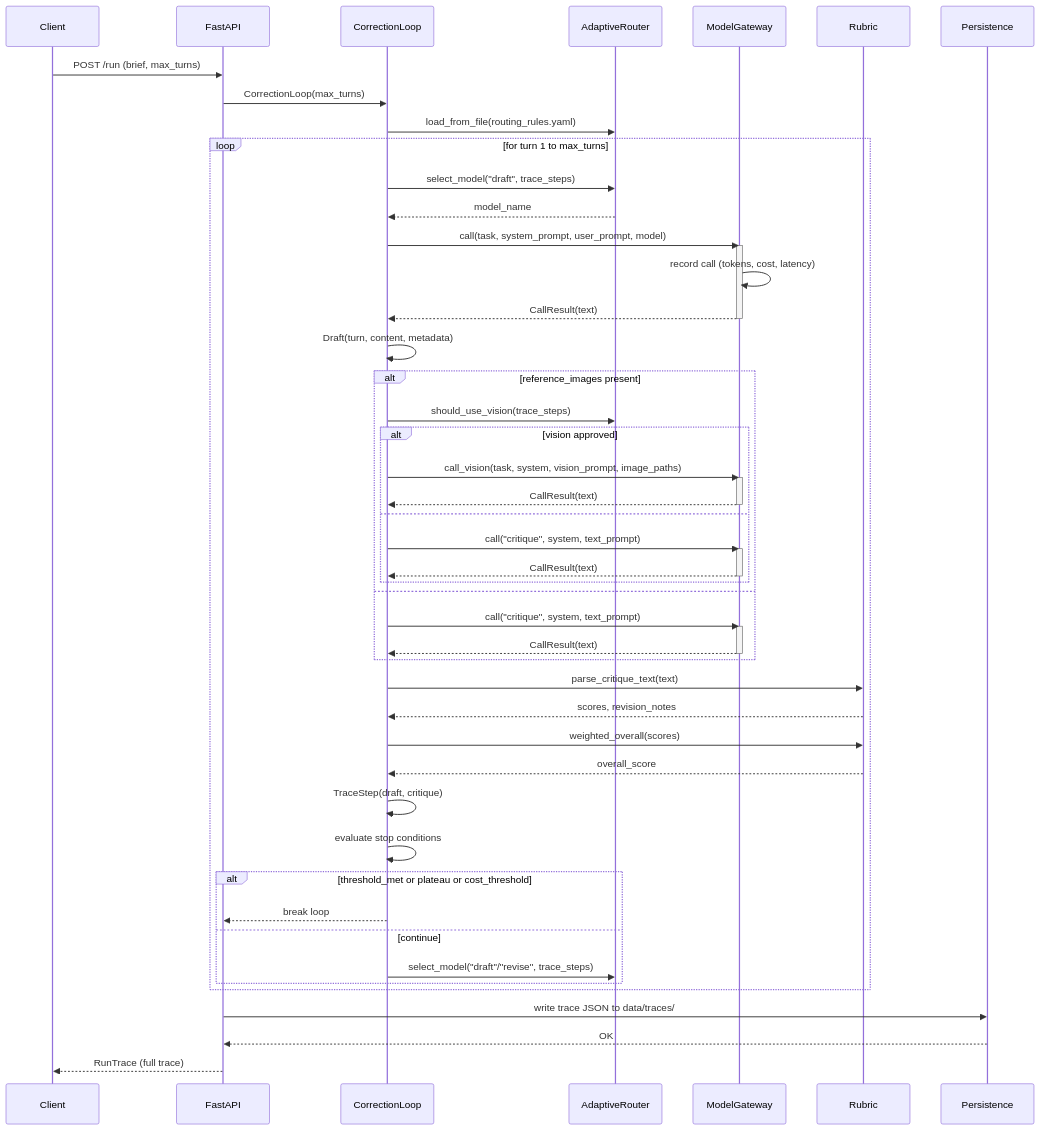
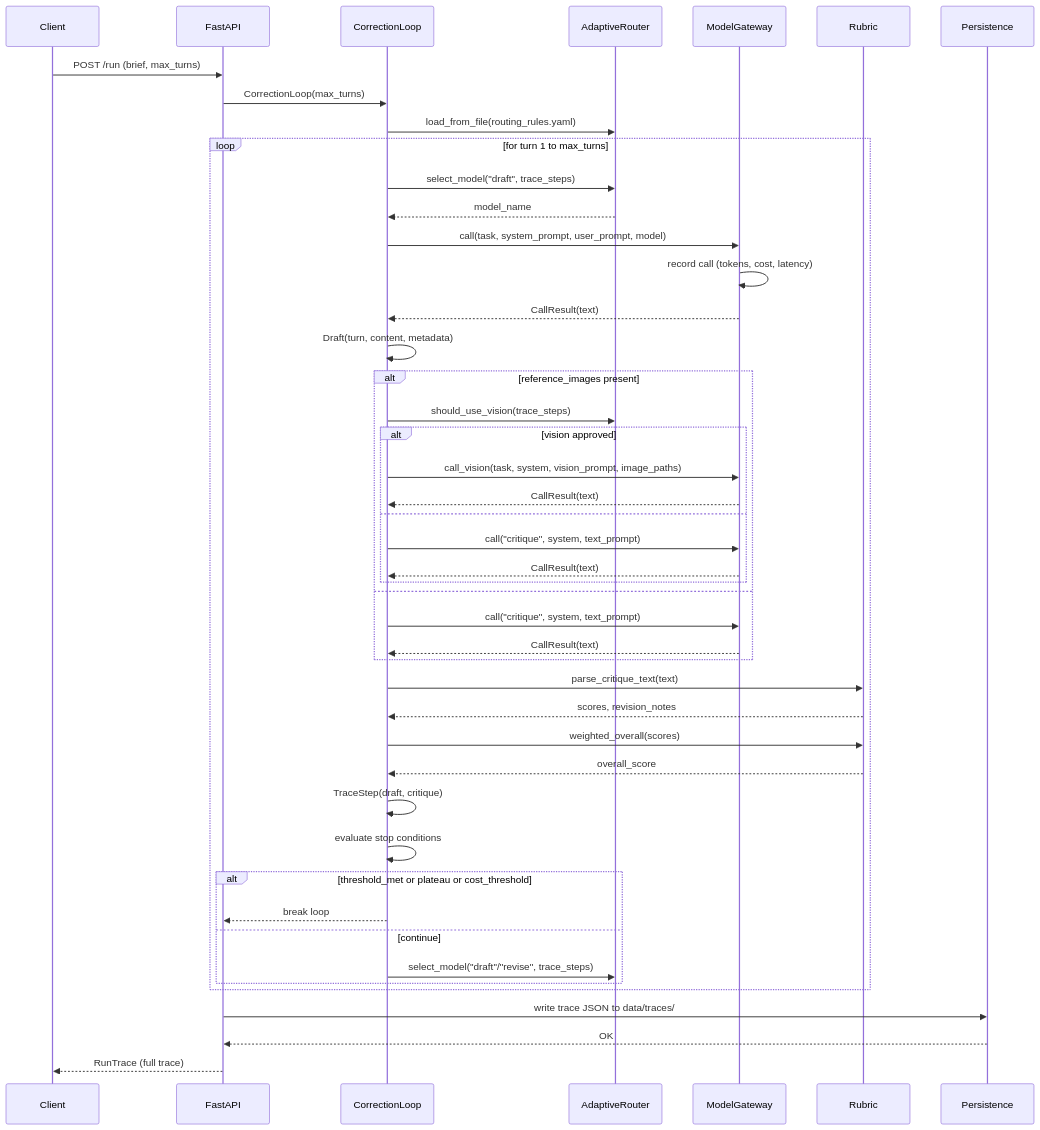
One commit to Hasan26ozcan/Script-Supervisor changed the third of 16 diagrams in docs/TECHNICAL_DIAGRAMS.md. Above: the diagram before and after it, drawn with Mermaid. The commit also changed other lines of this file and 1 other file, not shown here.

Commit message:
update technical diagram

````diff
--- a/docs/TECHNICAL_DIAGRAMS.md
+++ b/docs/TECHNICAL_DIAGRAMS.md
@@ -179,64 +172,56 @@
 ```mermaid
 sequenceDiagram
     participant Client
     participant FastAPI
     participant CorrectionLoop
     participant AdaptiveRouter
     participant ModelGateway
     participant Rubric
     participant Persistence
 
     Client->>FastAPI: POST /run (brief, max_turns)
     FastAPI->>CorrectionLoop: CorrectionLoop(max_turns)
     CorrectionLoop->>AdaptiveRouter: load_from_file(routing_rules.yaml)
 
     loop for turn 1 to max_turns
         CorrectionLoop->>AdaptiveRouter: select_model("draft", trace_steps)
         AdaptiveRouter-->>CorrectionLoop: model_name
         CorrectionLoop->>ModelGateway: call(task, system_prompt, user_prompt, model)
-        activate ModelGateway
         ModelGateway->>ModelGateway: record call (tokens, cost, latency)
         ModelGateway-->>CorrectionLoop: CallResult(text)
-        deactivate ModelGateway
 
         CorrectionLoop->>CorrectionLoop: Draft(turn, content, metadata)
 
         alt reference_images present
             CorrectionLoop->>AdaptiveRouter: should_use_vision(trace_steps)
             alt vision approved
                 CorrectionLoop->>ModelGateway: call_vision(task, system, vision_prompt, image_paths)
-                activate ModelGateway
                 ModelGateway-->>CorrectionLoop: CallResult(text)
-                deactivate ModelGateway
             else
                 CorrectionLoop->>ModelGateway: call("critique", system, text_prompt)
-                activate ModelGateway
                 ModelGateway-->>CorrectionLoop: CallResult(text)
-                deactivate ModelGateway
             end
         else
             CorrectionLoop->>ModelGateway: call("critique", system, text_prompt)
-            activate ModelGateway
             ModelGateway-->>CorrectionLoop: CallResult(text)
-            deactivate ModelGateway
         end
 
         CorrectionLoop->>Rubric: parse_critique_text(text)
         Rubric-->>CorrectionLoop: scores, revision_notes
         CorrectionLoop->>Rubric: weighted_overall(scores)
         Rubric-->>CorrectionLoop: overall_score
 
         CorrectionLoop->>CorrectionLoop: TraceStep(draft, critique)
         CorrectionLoop->>CorrectionLoop: evaluate stop conditions
 
         alt threshold_met or plateau or cost_threshold
             CorrectionLoop-->>FastAPI: break loop
         else continue
             CorrectionLoop->>AdaptiveRouter: select_model("draft"/"revise", trace_steps)
         end
     end
 
     FastAPI->>Persistence: write trace JSON to data/traces/
     Persistence-->>FastAPI: OK
     FastAPI-->>Client: RunTrace (full trace)
 ```
````
